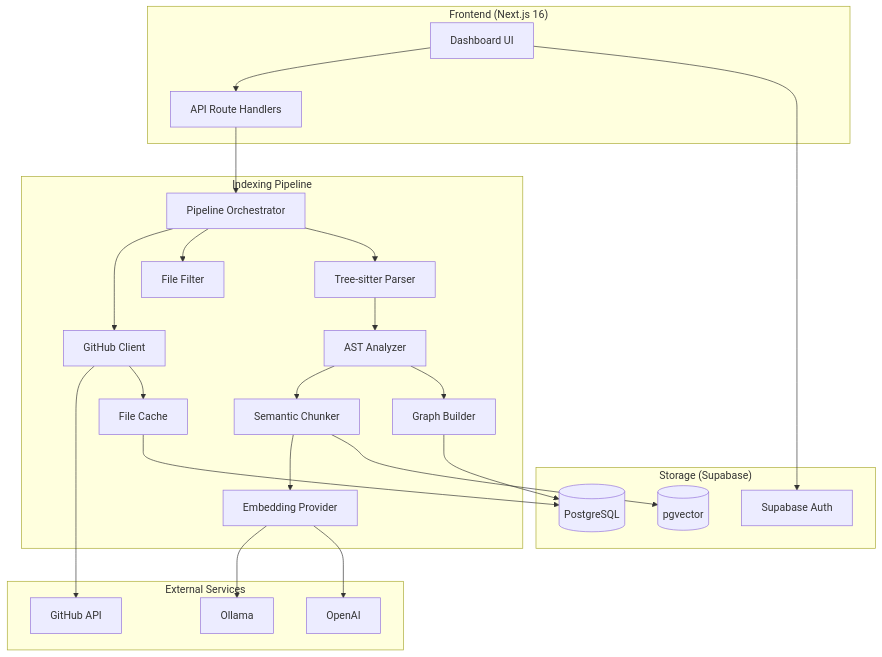
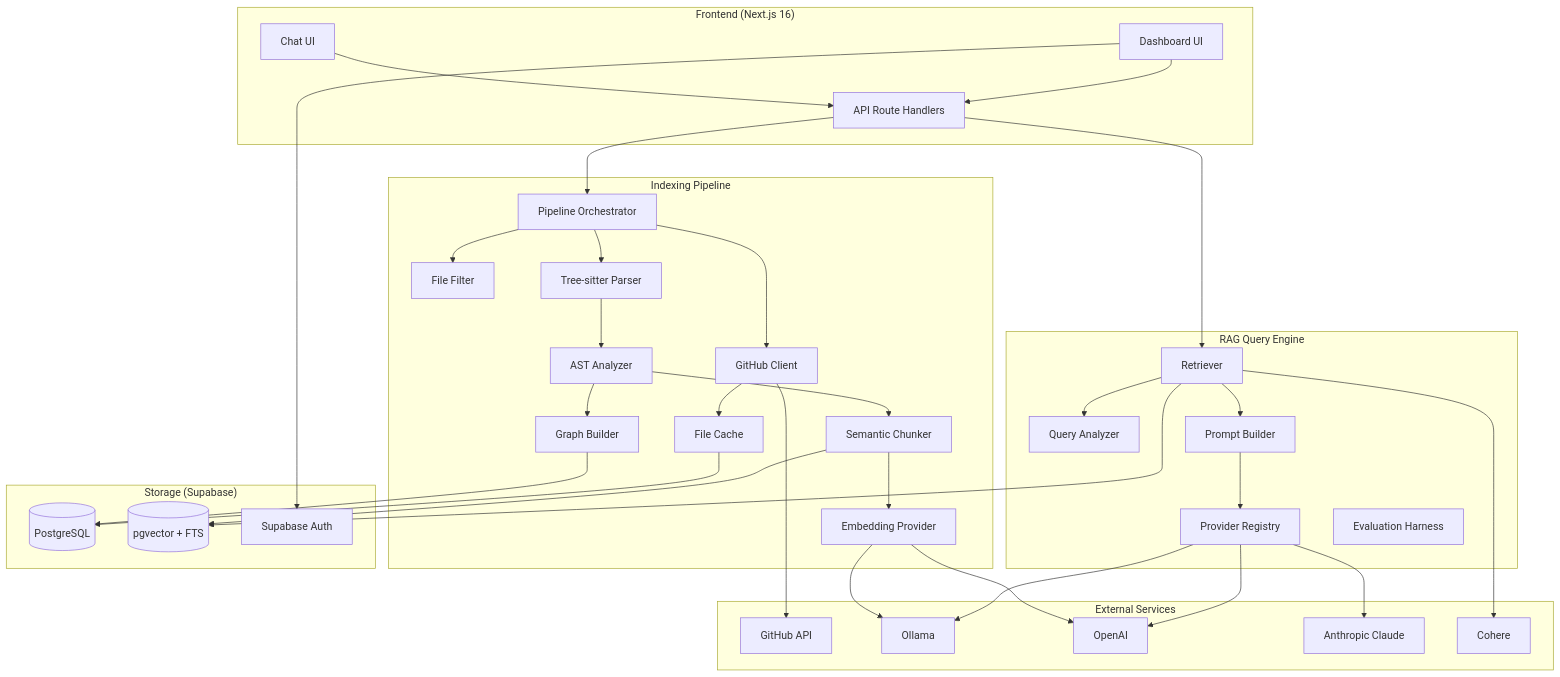
Before and after one commit to issmokk/repomind: the first of 12 diagrams in docs/architecture.md, drawn with Mermaid. The commit also changed other lines of this file and 2 other files, not shown here.

First line of the commit message:
docs: update README, architecture, and CLAUDE.md for split 02

````diff
--- a/docs/architecture.md
+++ b/docs/architecture.md
@@ -5,49 +5,70 @@
 ```mermaid
 graph TB
     subgraph "Frontend (Next.js 16)"
         UI[Dashboard UI]
+        CHAT[Chat UI]
         API[API Route Handlers]
+    end
+
+    subgraph "RAG Query Engine"
+        QA[Query Analyzer]
+        RET[Retriever]
+        PB[Prompt Builder]
+        PR[Provider Registry]
+        EV[Evaluation Harness]
     end
 
     subgraph "Indexing Pipeline"
         PO[Pipeline Orchestrator]
         GH[GitHub Client]
         FC[File Cache]
         FF[File Filter]
         TP[Tree-sitter Parser]
         AA[AST Analyzer]
         SC[Semantic Chunker]
         GB[Graph Builder]
         EP[Embedding Provider]
     end
 
     subgraph "External Services"
         GHA[GitHub API]
         OLL[Ollama]
         OAI[OpenAI]
+        ANT[Anthropic Claude]
+        COH[Cohere]
     end
 
     subgraph "Storage (Supabase)"
         PG[(PostgreSQL)]
-        PGV[(pgvector)]
+        PGV[(pgvector + FTS)]
         AUTH[Supabase Auth]
     end
 
     UI --> API
+    CHAT --> API
     API --> PO
+    API --> RET
+    RET --> QA
+    RET --> PGV
+    RET --> PB
+    PB --> PR
+    PR --> OLL
+    PR --> OAI
+    PR --> ANT
+    RET --> COH
     PO --> GH
     GH --> GHA
     GH --> FC
     FC --> PG
     PO --> FF
     PO --> TP
     TP --> AA
     AA --> SC
     AA --> GB
     SC --> EP
     EP --> OLL
     EP --> OAI
     SC --> PGV
     GB --> PG
     UI --> AUTH
 ```
````
